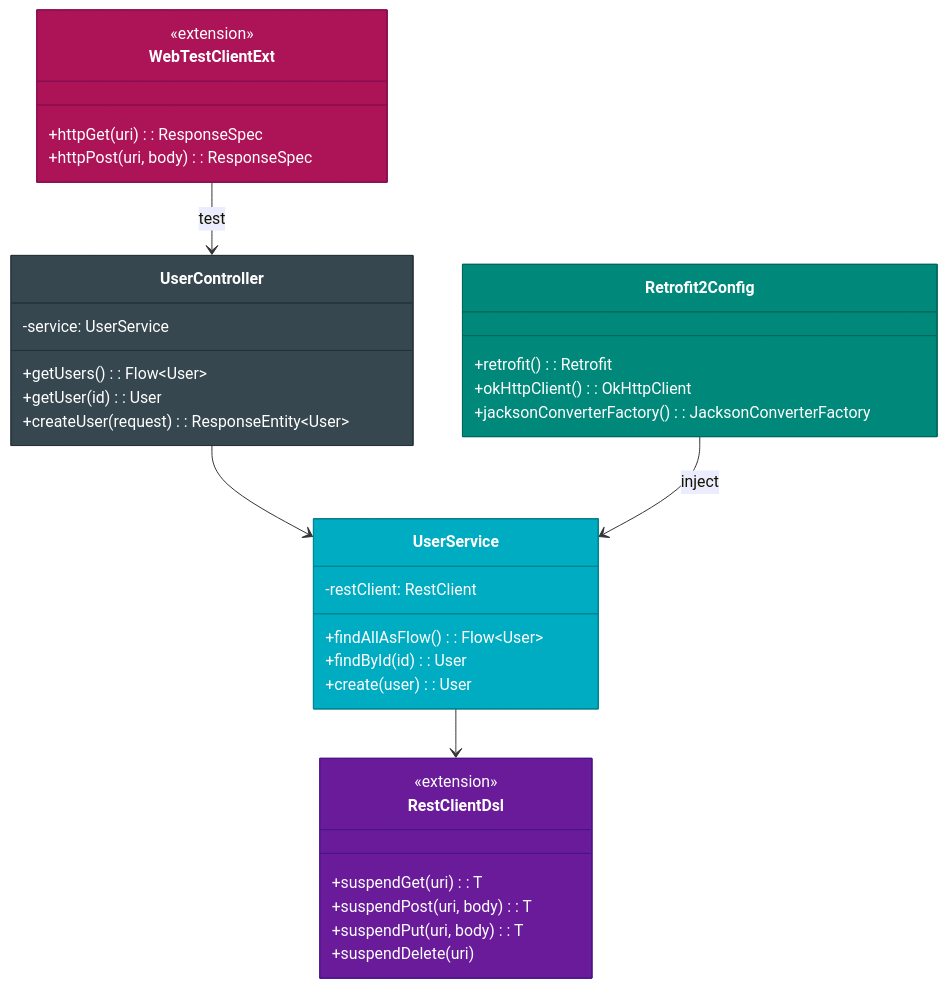
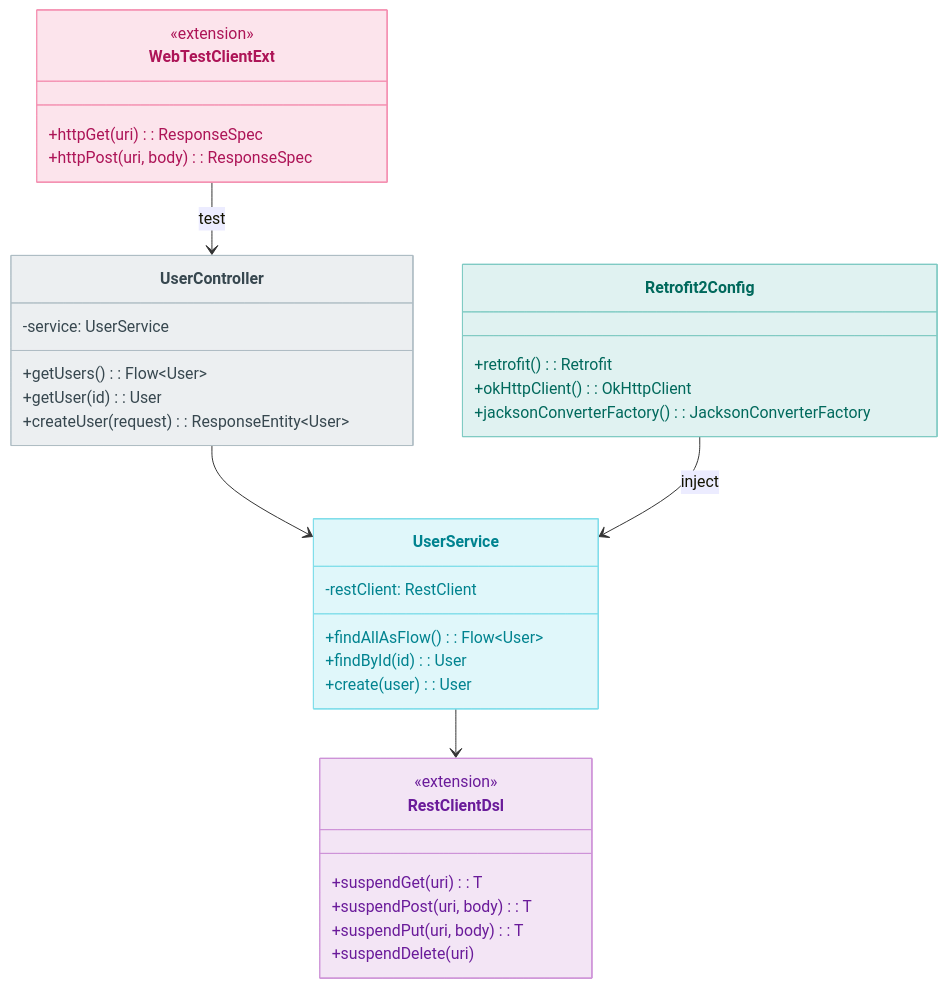
One commit to bluetape4k/bluetape4k-projects changed the first of 4 diagrams in spring-boot4/core/README.ko.md. Above: the diagram before and after it, drawn with Mermaid. The commit also changed other lines of this file and 219 other files, not shown here.

First line of the commit message:
docs: 전체 README Mermaid 다이어그램 가이드 적용

````diff
--- a/spring-boot4/core/README.ko.md
+++ b/spring-boot4/core/README.ko.md
@@ -174,43 +174,43 @@
 ```mermaid
 classDiagram
     class UserController {
         -service: UserService
         +getUsers(): Flow~User~
         +getUser(id): User
         +createUser(request): ResponseEntity~User~
     }
     class UserService {
         -restClient: RestClient
         +findAllAsFlow(): Flow~User~
         +findById(id): User
         +create(user): User
     }
     class RestClientDsl {
         <<extension>>
         +suspendGet(uri): T
         +suspendPost(uri, body): T
         +suspendPut(uri, body): T
         +suspendDelete(uri)
     }
     class WebTestClientExt {
         <<extension>>
         +httpGet(uri): ResponseSpec
         +httpPost(uri, body): ResponseSpec
     }
     class Retrofit2Config {
         +retrofit(): Retrofit
         +okHttpClient(): OkHttpClient
         +jacksonConverterFactory(): JacksonConverterFactory
     }
 
     UserController --> UserService
     UserService --> RestClientDsl
     Retrofit2Config --> UserService : inject
     WebTestClientExt --> UserController : test
 
-    style UserController fill:#37474F,stroke:#263238,color:#FFFFFF
-    style UserService fill:#00ACC1,stroke:#00838F,color:#FFFFFF
-    style RestClientDsl fill:#6A1B9A,stroke:#4A148C,color:#FFFFFF
-    style WebTestClientExt fill:#AD1457,stroke:#880E4F,color:#FFFFFF
-    style Retrofit2Config fill:#00897B,stroke:#00695C,color:#FFFFFF
+    style UserController fill:#ECEFF1,stroke:#B0BEC5,color:#37474F
+    style UserService fill:#E0F7FA,stroke:#80DEEA,color:#00838F
+    style RestClientDsl fill:#F3E5F5,stroke:#CE93D8,color:#6A1B9A
+    style WebTestClientExt fill:#FCE4EC,stroke:#F48FB1,color:#AD1457
+    style Retrofit2Config fill:#E0F2F1,stroke:#80CBC4,color:#00695C
 ```
````
